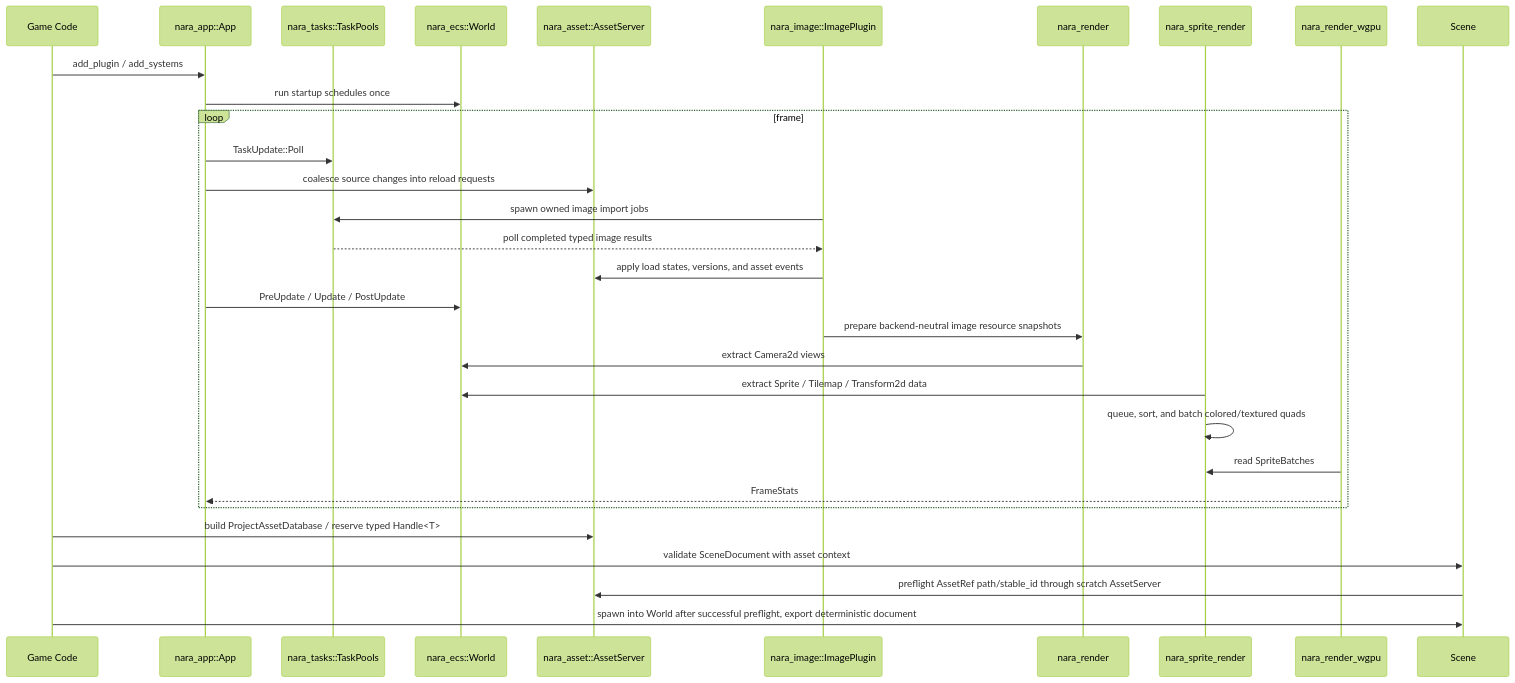
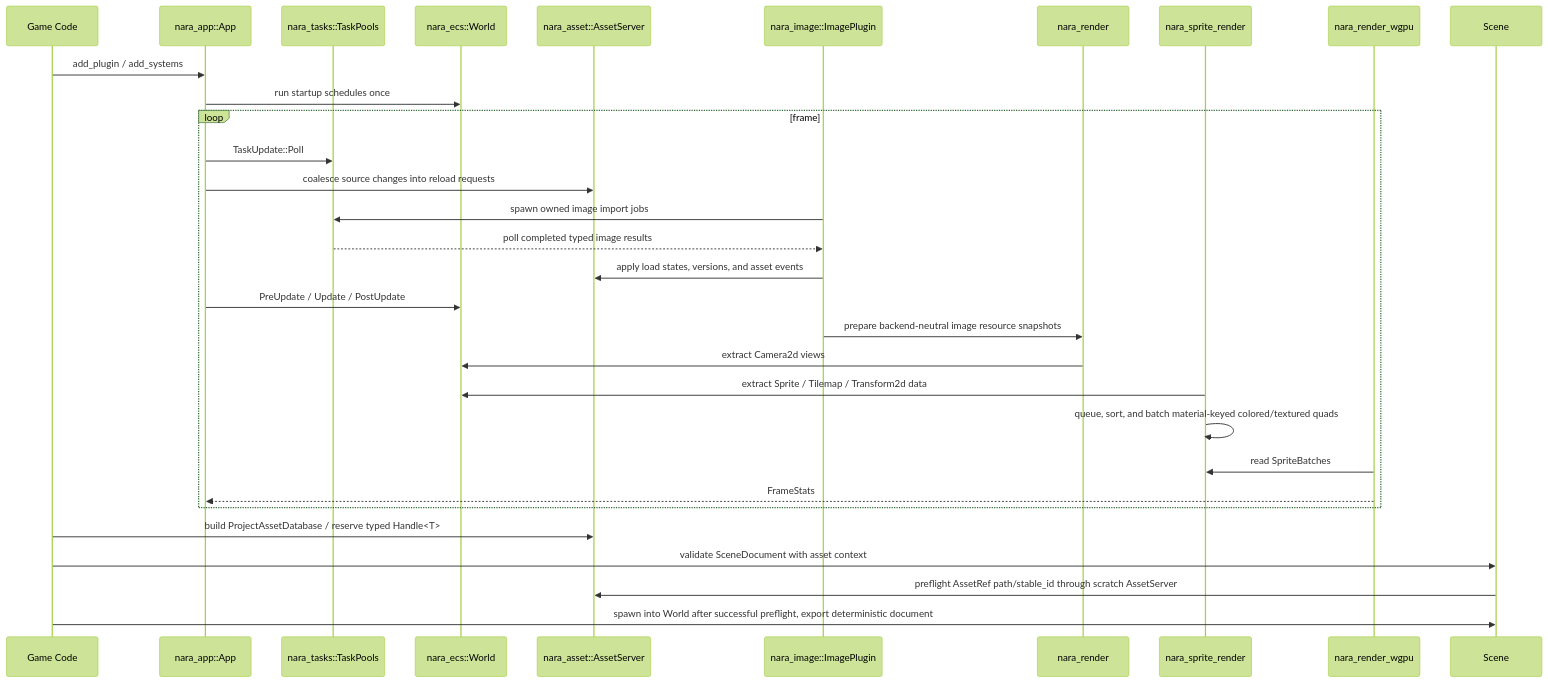
One commit to Latias94/nara changed the second of 2 diagrams in docs/architecture/nara-foundation.md. Above: the diagram before and after it, drawn with Mermaid (forest theme). The commit also changed other lines of this file and 32 other files, not shown here.

Commit message:
feat(render): add material-aware 2d batching

````diff
--- a/docs/architecture/nara-foundation.md
+++ b/docs/architecture/nara-foundation.md
@@ -98,33 +99,33 @@
 ```mermaid
 sequenceDiagram
     participant Game as Game Code
     participant App as nara_app::App
     participant Tasks as nara_tasks::TaskPools
     participant ECS as nara_ecs::World
     participant Asset as nara_asset::AssetServer
     participant Image as nara_image::ImagePlugin
     participant Render as nara_render
     participant SpriteRender as nara_sprite_render
     participant Wgpu as nara_render_wgpu
 
     Game->>App: add_plugin / add_systems
     App->>ECS: run startup schedules once
     loop frame
         App->>Tasks: TaskUpdate::Poll
         App->>Asset: coalesce source changes into reload requests
         Image->>Tasks: spawn owned image import jobs
         Tasks-->>Image: poll completed typed image results
         Image->>Asset: apply load states, versions, and asset events
         App->>ECS: PreUpdate / Update / PostUpdate
         Image->>Render: prepare backend-neutral image resource snapshots
         Render->>ECS: extract Camera2d views
         SpriteRender->>ECS: extract Sprite / Tilemap / Transform2d data
-        SpriteRender->>SpriteRender: queue, sort, and batch colored/textured quads
+        SpriteRender->>SpriteRender: queue, sort, and batch material-keyed colored/textured quads
         Wgpu->>SpriteRender: read SpriteBatches
         Wgpu-->>App: FrameStats
     end
     Game->>Asset: build ProjectAssetDatabase / reserve typed Handle<T>
     Game->>Scene: validate SceneDocument with asset context
     Scene->>Asset: preflight AssetRef path/stable_id through scratch AssetServer
     Game->>Scene: spawn into World after successful preflight, export deterministic document
 ```
````
